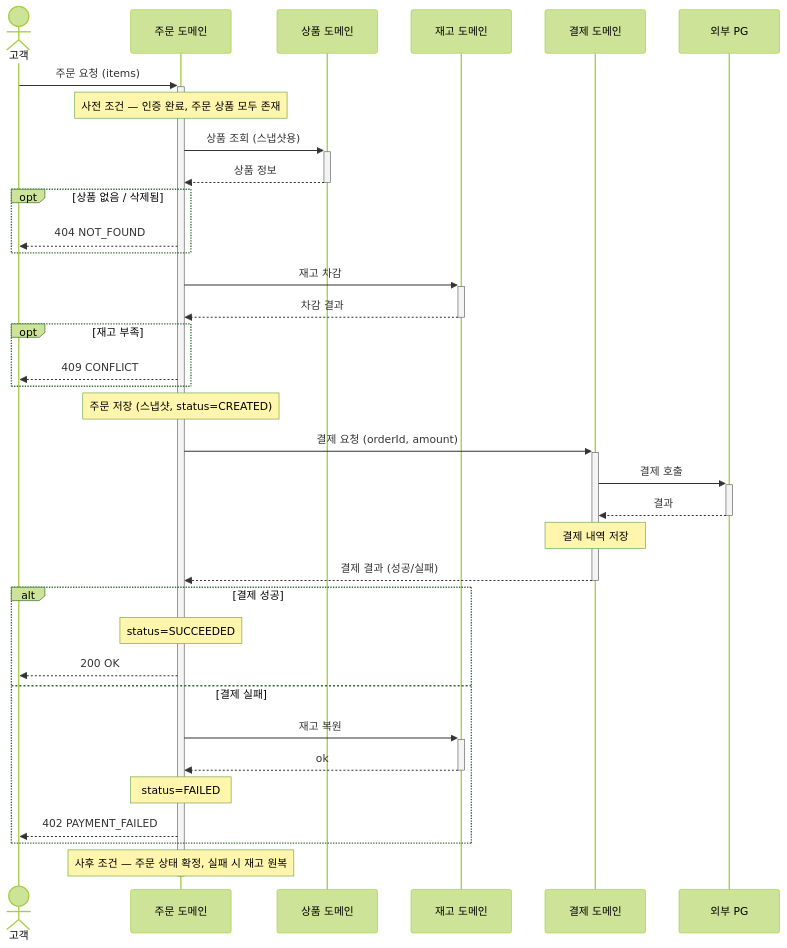
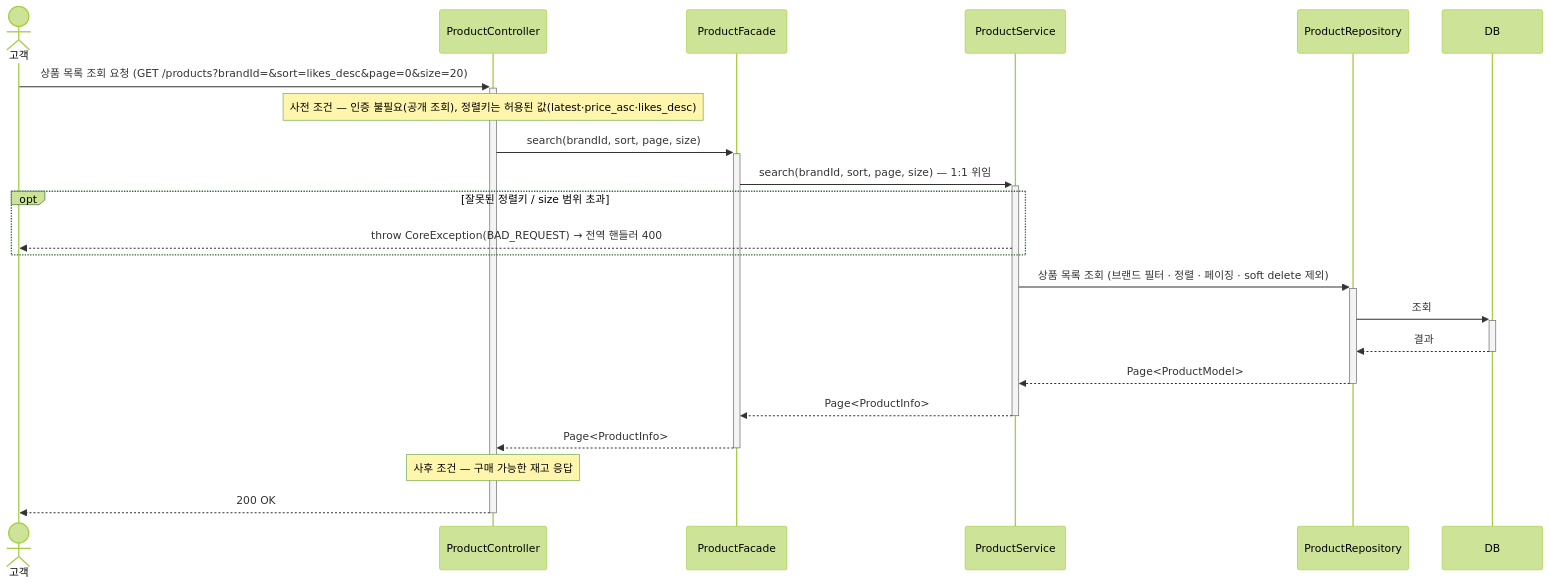
The first of 4 diagrams in .docs/design/02-sequence-diagrams.md (Hwasowl/loop-pack-be-l2-vol4-java), drawn with Mermaid (forest theme) before and after one commit. The commit also changed other lines of this file, not shown here.

First line of the commit message:
docs: 시퀀스 다이어그램 정합 — 추상화 라벨·상품목록 추가·좋아요 D7 정렬

````diff
--- a/.docs/design/02-sequence-diagrams.md
+++ b/.docs/design/02-sequence-diagrams.md
@@ -13,42 +17,25 @@
 ```mermaid
 sequenceDiagram
     actor C as 고객
-    participant O as 주문 도메인
-    participant P as 상품 도메인
-    participant S as 재고 도메인
-    participant Pay as 결제 도메인
-    participant PG as 외부 PG
+    participant Ctl as ProductController
+    participant F as ProductFacade
+    participant PS as ProductService
+    participant PR as ProductRepository
+    participant DB as DB
 
-    C->>+O: 주문 요청 (items)
-    Note over O: 사전 조건 — 인증 완료, 주문 상품 모두 존재
-
-    O->>+P: 상품 조회 (스냅샷용)
-    P-->>-O: 상품 정보
-    opt 상품 없음 / 삭제됨
-        O-->>C: 404 NOT_FOUND
+    C->>+Ctl: 상품 목록 조회 요청 (GET /products?brandId=&sort=likes_desc&page=0&size=20)
+    Note over Ctl: 사전 조건 — 인증 불필요(공개 조회), 정렬키는 허용된 값(latest·price_asc·likes_desc)
+    Ctl->>+F: search(brandId, sort, page, size)
+    F->>+PS: search(brandId, sort, page, size) — 1:1 위임
+    opt 잘못된 정렬키 / size 범위 초과
+        PS-->>C: throw CoreException(BAD_REQUEST) → 전역 핸들러 400
     end
-    O->>+S: 재고 차감
-    S-->>-O: 차감 결과
-    opt 재고 부족
-        O-->>C: 409 CONFLICT
-    end
-    Note over O: 주문 저장 (스냅샷, status=CREATED)
-
-    O->>+Pay: 결제 요청 (orderId, amount)
-    Pay->>+PG: 결제 호출
-    PG-->>-Pay: 결과
-    Note over Pay: 결제 내역 저장
-    Pay-->>-O: 결제 결과 (성공/실패)
-
-    alt 결제 성공
-        Note over O: status=SUCCEEDED
-        O-->>C: 200 OK
-    else 결제 실패
-        O->>+S: 재고 복원
-        S-->>-O: ok
-        Note over O: status=FAILED
-        O-->>C: 402 PAYMENT_FAILED
-    end
-    Note over O: 사후 조건 — 주문 상태 확정, 실패 시 재고 원복
-    deactivate O
+    PS->>+PR: 상품 목록 조회 (브랜드 필터 · 정렬 · 페이징 · soft delete 제외)
+    PR->>+DB: 조회
+    DB-->>-PR: 결과
+    PR-->>-PS: Page<ProductModel>
+    PS-->>-F: Page<ProductInfo>
+    F-->>-Ctl: Page<ProductInfo>
+    Note over Ctl: 사후 조건 — 구매 가능한 재고 응답
+    Ctl-->>-C: 200 OK
 ```
````
